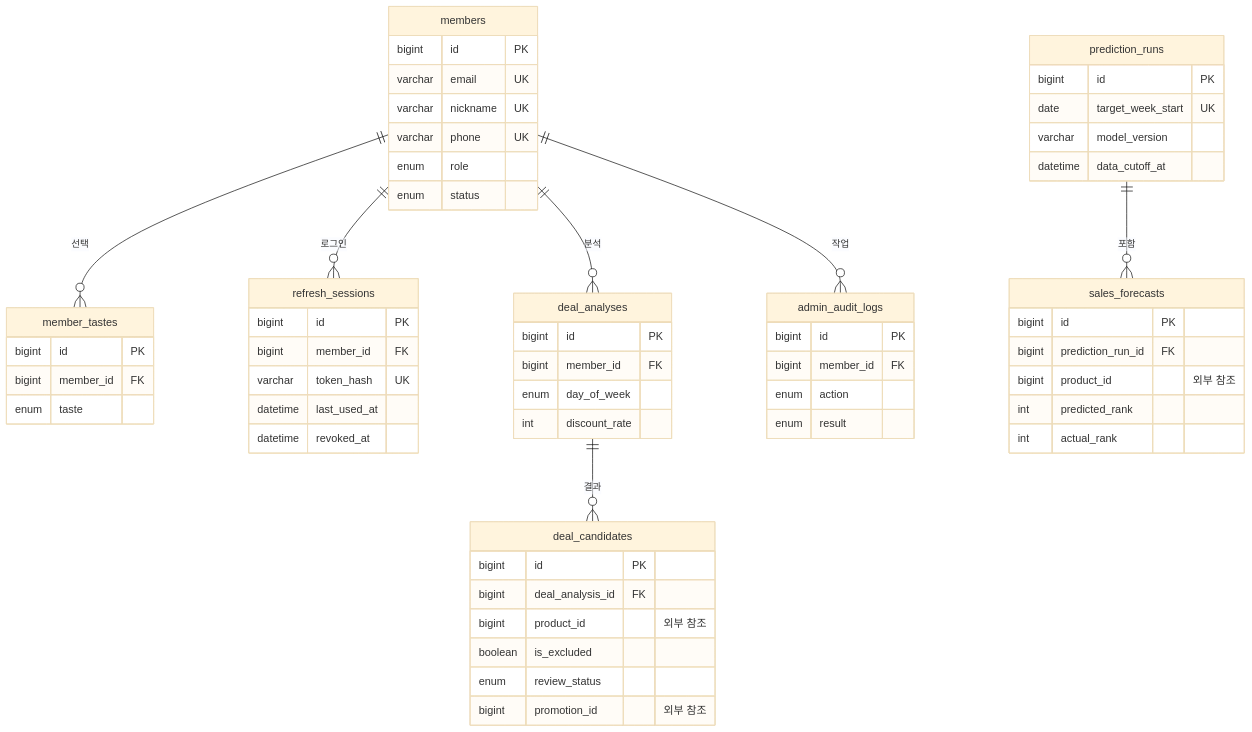
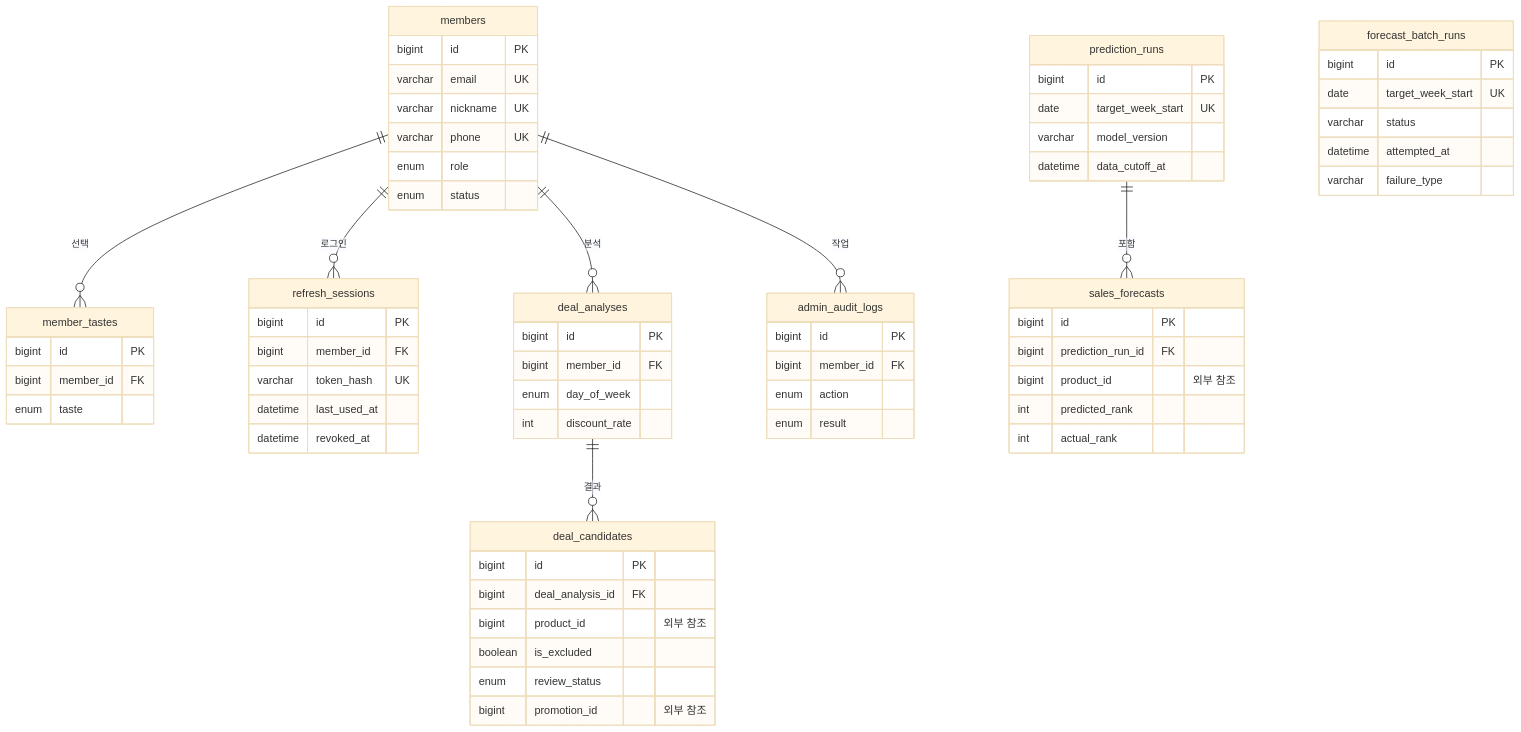
Before and after one commit to OdinAhn/take-care-of-my-fridge: the first of 7 diagrams in docs/database/erd.md, drawn with Mermaid (base theme). The commit also changed other lines of this file and 9 other files, not shown here.

Commit message:
feat: store forecast batch attempt results

````diff
--- a/docs/database/erd.md
+++ b/docs/database/erd.md
@@ -9,63 +9,70 @@
 ```mermaid
 erDiagram
     members ||--o{ member_tastes : "선택"
     members ||--o{ refresh_sessions : "로그인"
     members ||--o{ deal_analyses : "분석"
     members ||--o{ admin_audit_logs : "작업"
     prediction_runs ||--o{ sales_forecasts : "포함"
     deal_analyses ||--o{ deal_candidates : "결과"
 
     members {
         bigint id PK
         varchar email UK
         varchar nickname UK
         varchar phone UK
         enum role
         enum status
     }
     member_tastes {
         bigint id PK
         bigint member_id FK
         enum taste
     }
     refresh_sessions {
         bigint id PK
         bigint member_id FK
         varchar token_hash UK
         datetime last_used_at
         datetime revoked_at
     }
     prediction_runs {
         bigint id PK
         date target_week_start UK
         varchar model_version
         datetime data_cutoff_at
     }
+    forecast_batch_runs {
+        bigint id PK
+        date target_week_start UK
+        varchar status
+        datetime attempted_at
+        varchar failure_type
+    }
     sales_forecasts {
         bigint id PK
         bigint prediction_run_id FK
         bigint product_id "외부 참조"
         int predicted_rank
         int actual_rank
     }
     deal_analyses {
         bigint id PK
         bigint member_id FK
         enum day_of_week
         int discount_rate
     }
     deal_candidates {
         bigint id PK
         bigint deal_analysis_id FK
         bigint product_id "외부 참조"
         boolean is_excluded
         enum review_status
         bigint promotion_id "외부 참조"
     }
     admin_audit_logs {
         bigint id PK
         bigint member_id FK
         enum action
         enum result
     }
 ```
````
